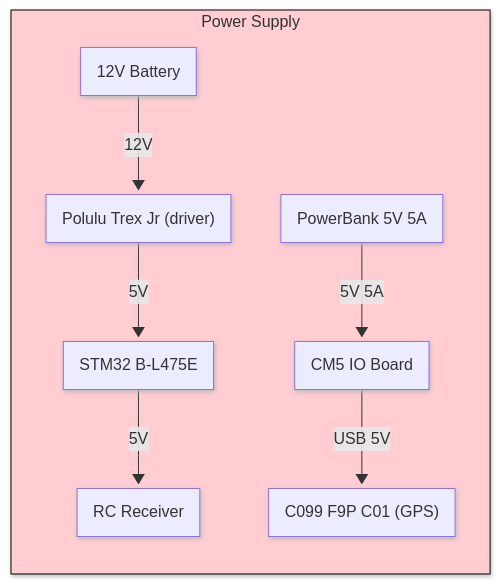
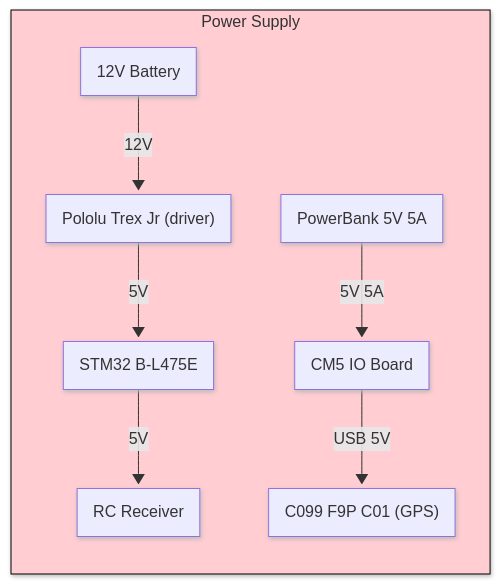
The first of 3 diagrams in readme.md (HDieTox/Ros2_Rover), drawn with Mermaid before and after one commit. The commit also changed other lines of this file, not shown here.

````diff
--- a/readme.md
+++ b/readme.md
@@ -93,26 +150,26 @@
 ```mermaid
 ---
 config:
   theme: default
   layout: dagre
   look: neo
 ---
 flowchart BT
   subgraph subGraph0["Power Supply"]
     Battery12V["12V Battery"]
-    TrexJr["Polulu Trex Jr (driver)"]
+    TrexJr["Pololu Trex Jr (driver)"]
     STM32Power["STM32 B-L475E"]
     ReceiverRC["RC Receiver"]
     PowerBank5V["PowerBank 5V 5A"]
     CM5_IOBoard["CM5 IO Board"]
     C099F9PPower["C099 F9P C01 (GPS)"]
   end
 
   Battery12V -- 12V --> TrexJr
   TrexJr -- 5V --> STM32Power
   STM32Power -- 5V --> ReceiverRC
   PowerBank5V -- 5V 5A --> CM5_IOBoard
   CM5_IOBoard -- USB 5V --> C099F9PPower
 
   style subGraph0 fill:#FFCDD2,stroke:#000000
 ```
````
